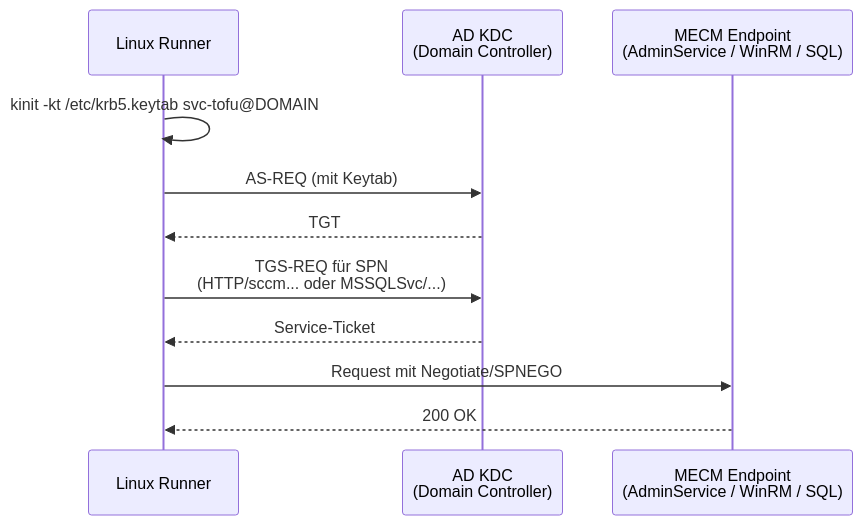
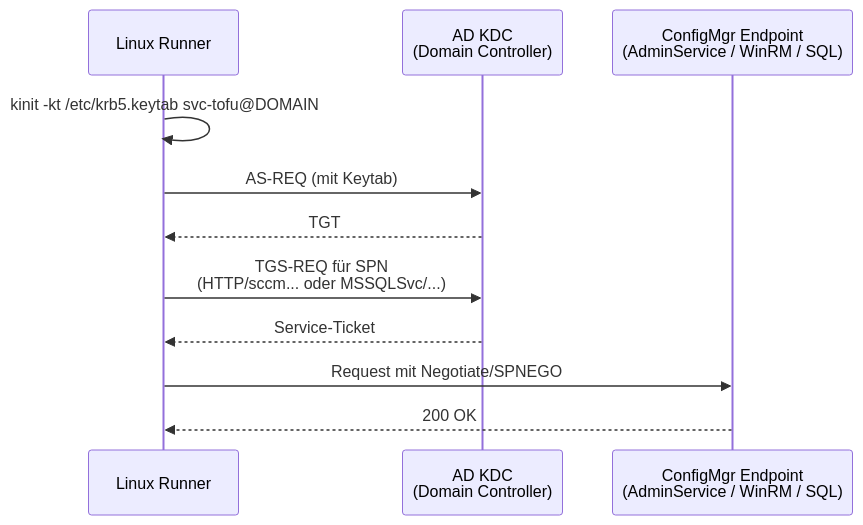
One commit to monoeagle/lucent-job-mecm-ps-connect changed the eighth of 8 diagrams in OVERVIEW.md. Above: the diagram before and after it, drawn with Mermaid. The commit also changed other lines of this file and 22 other files, not shown here.

First line of the commit message:
Rename MECM -> ConfigMgr; add naming history and 2026 compat check

````diff
--- a/OVERVIEW.md
+++ b/OVERVIEW.md
@@ -238,14 +238,14 @@
 ```mermaid
 sequenceDiagram
     participant Runner as Linux Runner
     participant KDC as AD KDC<br/>(Domain Controller)
-    participant Target as MECM Endpoint<br/>(AdminService / WinRM / SQL)
+    participant Target as ConfigMgr Endpoint<br/>(AdminService / WinRM / SQL)
 
     Runner->>Runner: kinit -kt /etc/krb5.keytab svc-tofu@DOMAIN
     Runner->>KDC: AS-REQ (mit Keytab)
     KDC-->>Runner: TGT
     Runner->>KDC: TGS-REQ für SPN<br/>(HTTP/sccm... oder MSSQLSvc/...)
     KDC-->>Runner: Service-Ticket
     Runner->>Target: Request mit Negotiate/SPNEGO
     Target-->>Runner: 200 OK
 ```
````
